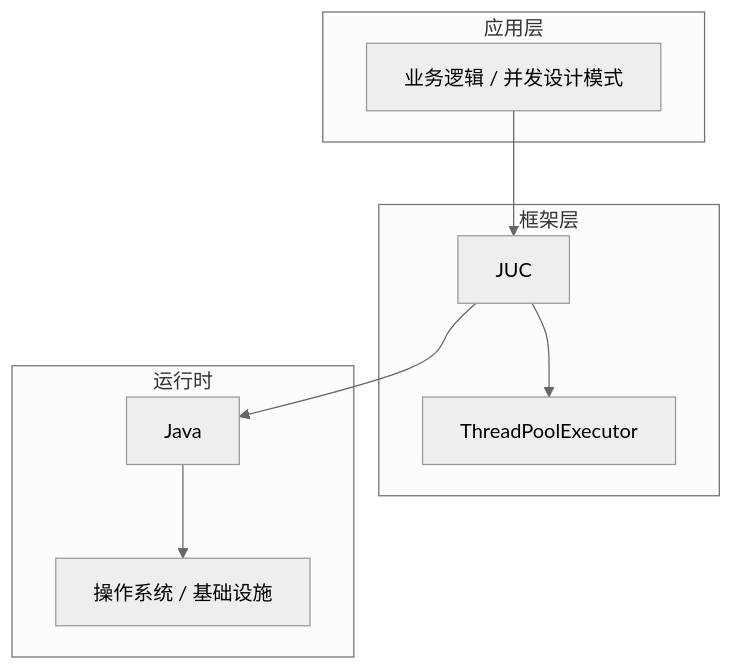
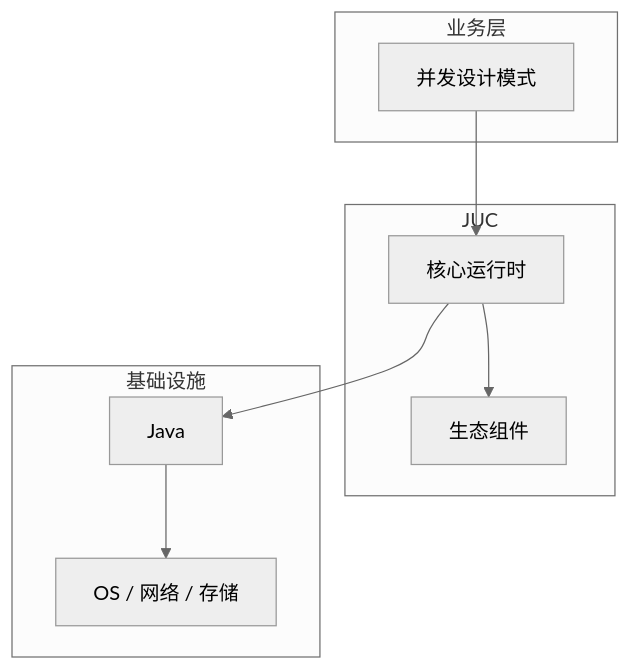
Before and after one commit to yanggan2015/knowledge-json-v2: the diagram in articles/Java并发/chapters/105-并发设计模式核心概念与原理.md, drawn with Mermaid (neutral theme). The commit also changed other lines of this file and 10127 other files, not shown here.

````diff
--- a/articles/Java并发/chapters/105-并发设计模式核心概念与原理.md
+++ b/articles/Java并发/chapters/105-并发设计模式核心概念与原理.md
@@ -45,18 +34,18 @@
 ```mermaid
 graph TB
-    subgraph 应用层
-        A[业务逻辑 / 并发设计模式]
+    subgraph 业务层
+        A[并发设计模式]
     end
-    subgraph 框架层
-        B[JUC]
-        C[ThreadPoolExecutor]
+    subgraph JUC
+        B[核心运行时]
+        C[生态组件]
     end
-    subgraph 运行时
+    subgraph 基础设施
         D[Java]
-        E[操作系统 / 基础设施]
+        E[OS / 网络 / 存储]
     end
     A --> B
     B --> C
     B --> D
     D --> E
 ```
````
